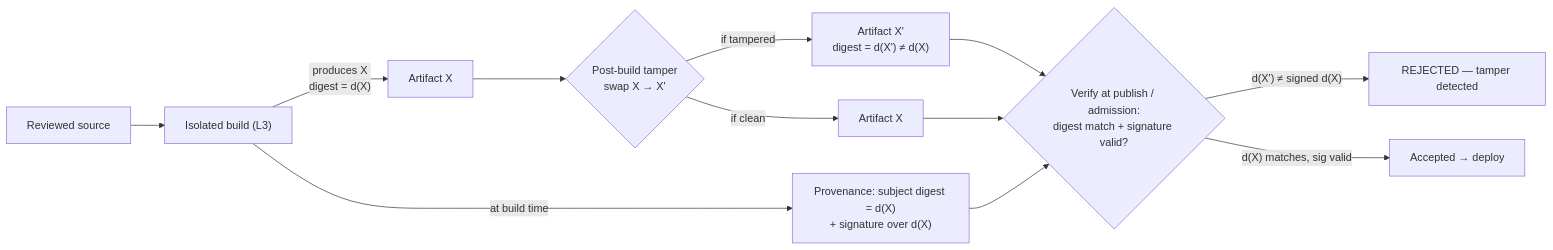
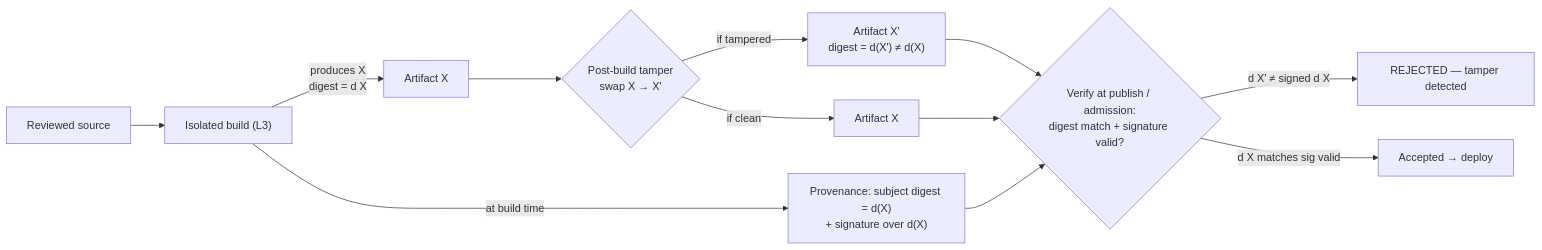
One commit to bumbsclaw/textbooks changed the fourth of 7 diagrams in book-04-build-cicd/ch07-pipeline-poisoning.md. Above: the diagram before and after it, drawn with Mermaid. The commit also changed other lines of this file and 173 other files, not shown here.

First line of the commit message:
fix(mermaid): close note brackets, semicolons in Notes, stateDiagram br -> dash, edge parens

````diff
--- a/book-04-build-cicd/ch07-pipeline-poisoning.md
+++ b/book-04-build-cicd/ch07-pipeline-poisoning.md
@@ -480,14 +480,14 @@
 ```mermaid
 flowchart LR
   SRC["Reviewed source"] --> BUILD["Isolated build (L3)"]
-  BUILD -->|"produces X<br/>digest = d(X)"| ART["Artifact X"]
+  BUILD -->|"produces X<br >digest = d X "| ART["Artifact X"]
   BUILD -->|"at build time"| PROV["Provenance: subject digest = d(X)<br/>+ signature over d(X)"]
   ART --> TAMPER{"Post-build tamper<br/>swap X → X'"}
   TAMPER -->|"if tampered"| ARTP["Artifact X'<br/>digest = d(X') ≠ d(X)"]
   TAMPER -->|"if clean"| ARTOK["Artifact X"]
   ARTP --> GATE
   ARTOK --> GATE
   PROV --> GATE{"Verify at publish / admission:<br/>digest match + signature valid?"}
-  GATE -->|"d(X') ≠ signed d(X)"| REJECT["REJECTED — tamper detected"]
-  GATE -->|"d(X) matches, sig valid"| ACCEPT["Accepted → deploy"]
+  GATE -->|"d X' ≠ signed d X "| REJECT["REJECTED — tamper detected"]
+  GATE -->|"d X matches sig valid"| ACCEPT["Accepted → deploy"]
 ```
````
